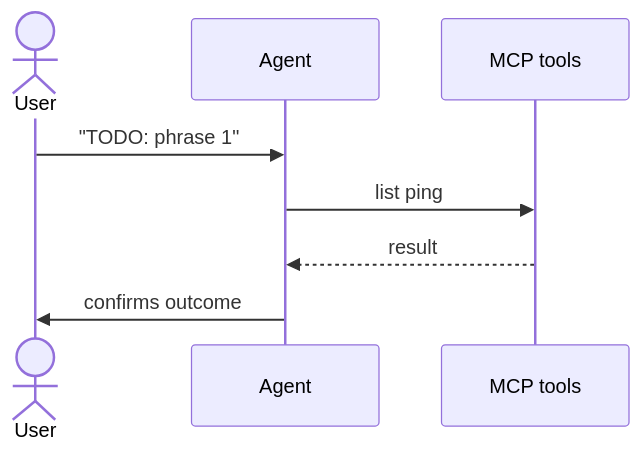
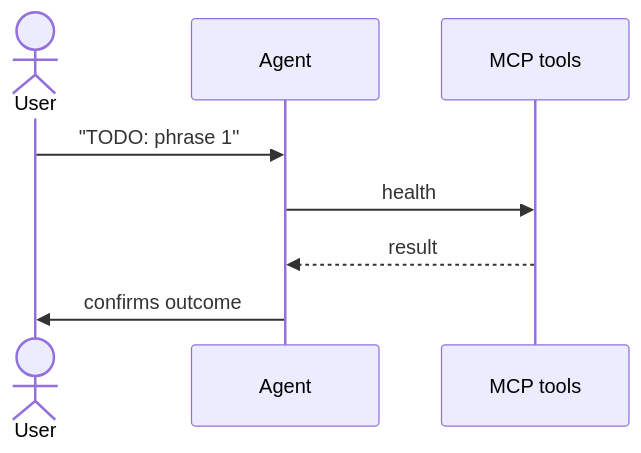
The diagram in bbc-discovery/flow-map-compiler/skills/flow-map-compiler/tests/fixtures/sample-sveltekit/.flow-map/flows/view-home.md (DACdigital/OpenBBC), drawn with Mermaid before and after one commit. The commit also changed other lines of this file and 38 other files, not shown here.

First line of the commit message:
flow-map v2: realign discovery output (domain skills + endpoints) (#31)

````diff
--- a/bbc-discovery/flow-map-compiler/skills/flow-map-compiler/tests/fixtures/sample-sveltekit/.flow-map/flows/view-home.md
+++ b/bbc-discovery/flow-map-compiler/skills/flow-map-compiler/tests/fixtures/sample-sveltekit/.flow-map/flows/view-home.md
@@ -48,11 +47,11 @@
 ```mermaid
 sequenceDiagram
   actor User
   participant Agent
   participant T as MCP tools
 
   User->>Agent: "TODO: phrase 1"
-  Agent->>T: list ping
+  Agent->>T: health
   T-->>Agent: result
   Agent->>User: confirms outcome
 ```
````
